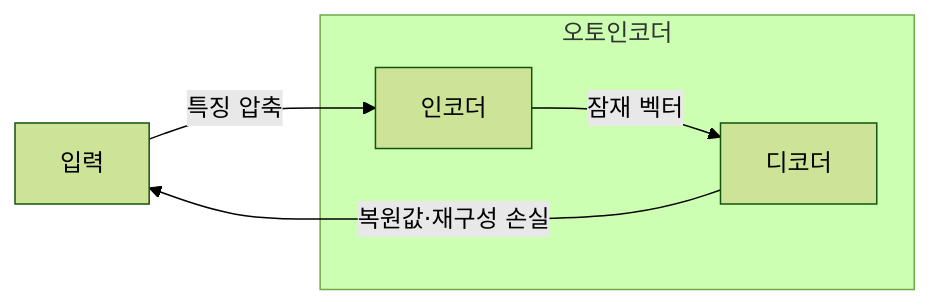
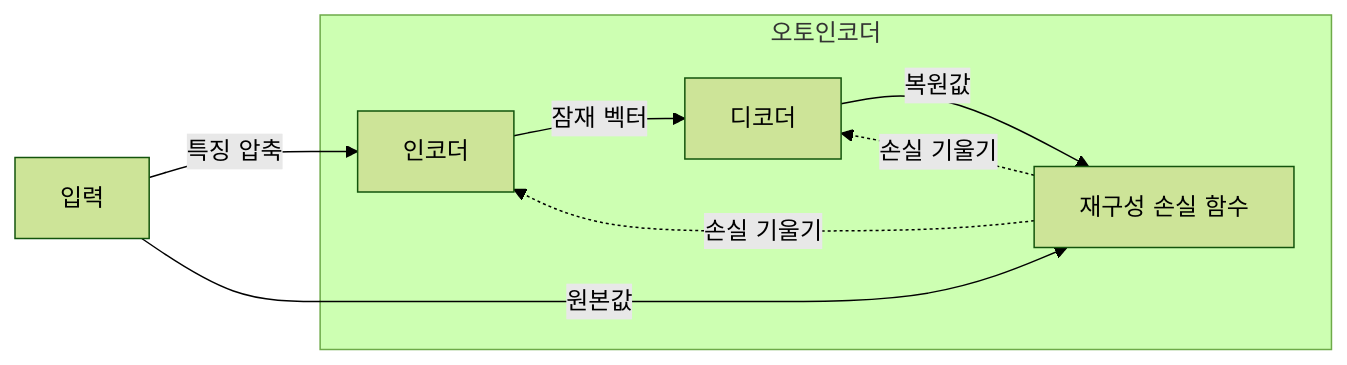
Before and after one commit to agnusdei1207/knowledge-base: the first of 2 diagrams in src/content/docs/notes/01-basic-theory/045_autoencoder.md, drawn with Mermaid (forest theme). The commit also changed other lines of this file and 7 other files, not shown here.

````diff
--- a/src/content/docs/notes/01-basic-theory/045_autoencoder.md
+++ b/src/content/docs/notes/01-basic-theory/045_autoencoder.md
@@ -57,11 +57,15 @@
 ```mermaid
 flowchart LR
     I[입력]
     subgraph A[오토인코더]
         E[인코더]
         D[디코더]
+        L[재구성 손실 함수]
         E -->|잠재 벡터| D
+        D -->|복원값| L
     end
     I -->|특징 압축| E
-    D -->|복원값·재구성 손실| I
+    I -->|원본값| L
+    L -.->|손실 기울기| E
+    L -.->|손실 기울기| D
 ```
````
